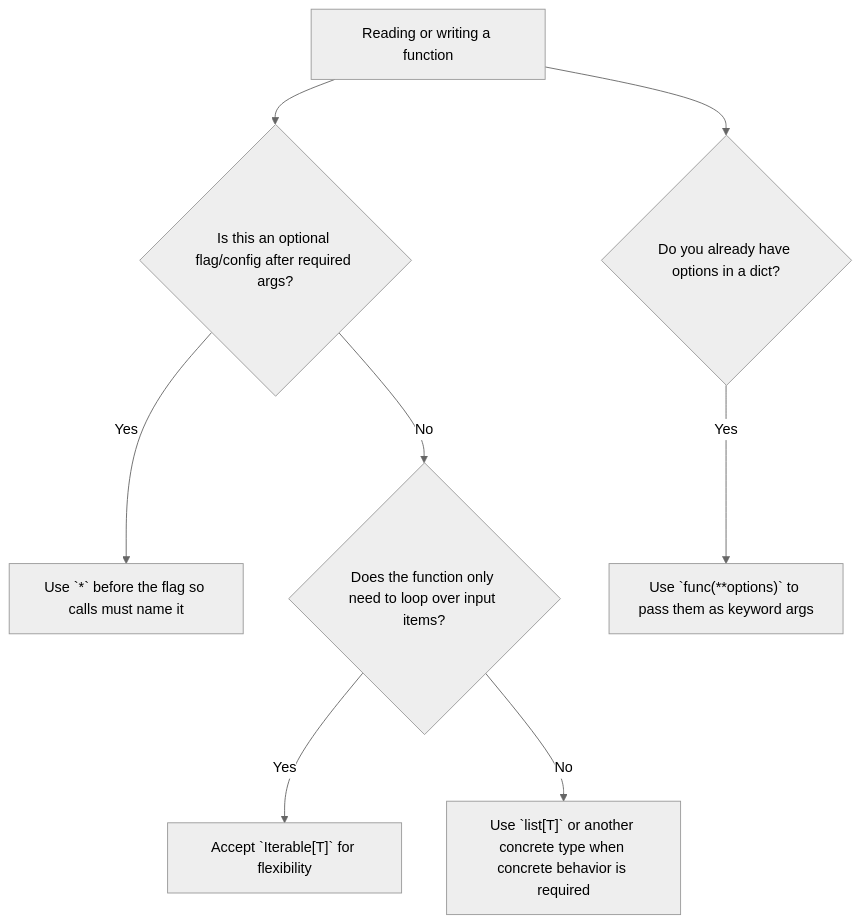
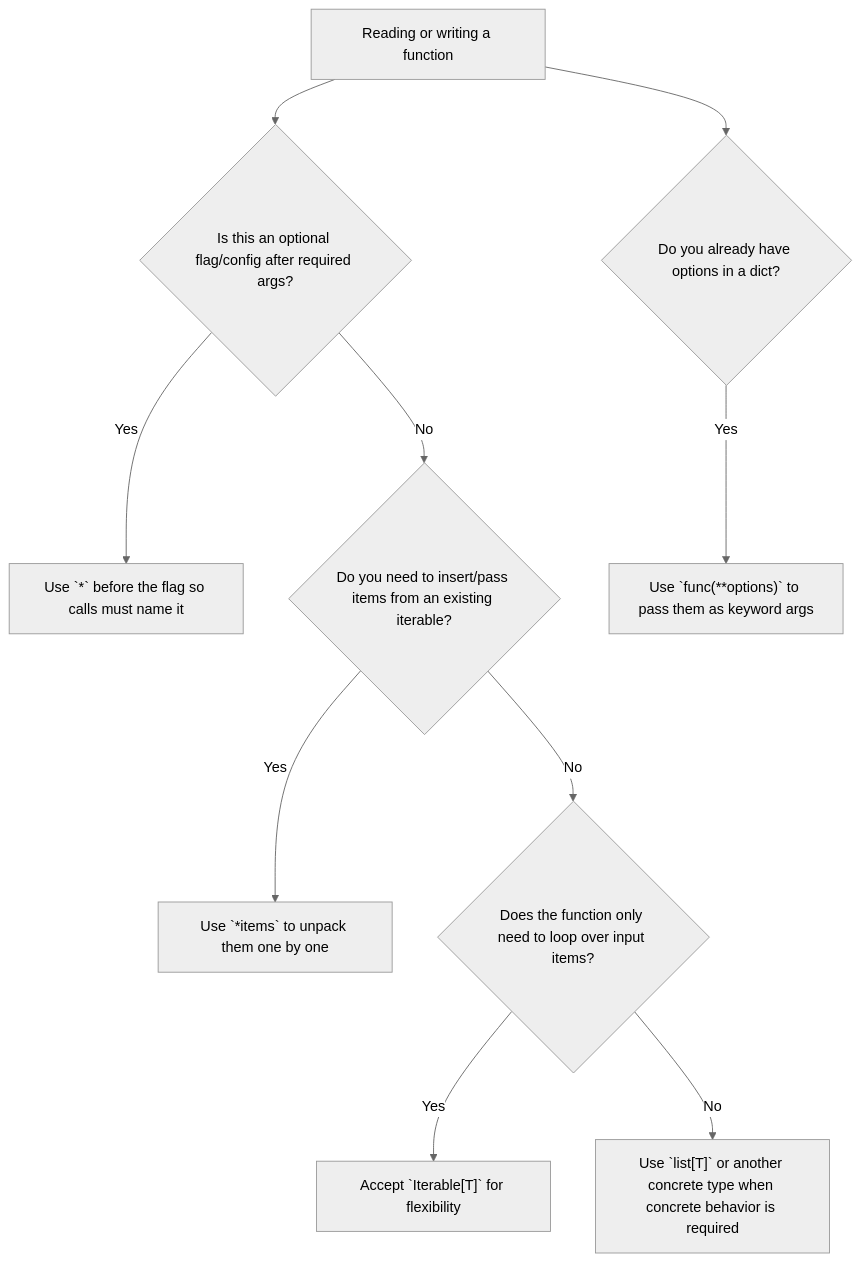
The diagram in docs/learning/agent-lab/python-syntax-catch-up-keyword-only-iterable-kwargs.md (heecheon92/my-agents), drawn with Mermaid (neutral theme) before and after one commit. The commit also changed other lines of this file and 12 other files, not shown here.

````diff
--- a/docs/learning/agent-lab/python-syntax-catch-up-keyword-only-iterable-kwargs.md
+++ b/docs/learning/agent-lab/python-syntax-catch-up-keyword-only-iterable-kwargs.md
@@ -151,10 +203,12 @@
 ```mermaid
 flowchart TD
     Start["Reading or writing a function"] --> Flag{"Is this an optional flag/config after required args?"}
     Flag -->|Yes| KeywordOnly["Use `*` before the flag so calls must name it"]
-    Flag -->|No| Collection{"Does the function only need to loop over input items?"}
+    Flag -->|No| StarUnpack{"Do you need to insert/pass items from an existing iterable?"}
+    StarUnpack -->|Yes| Unpack["Use `*items` to unpack them one by one"]
+    StarUnpack -->|No| Collection{"Does the function only need to loop over input items?"}
     Collection -->|Yes| Iterable["Accept `Iterable[T]` for flexibility"]
     Collection -->|No| List["Use `list[T]` or another concrete type when concrete behavior is required"]
     Start --> Config{"Do you already have options in a dict?"}
     Config -->|Yes| Kwargs["Use `func(**options)` to pass them as keyword args"]
 ```
````
